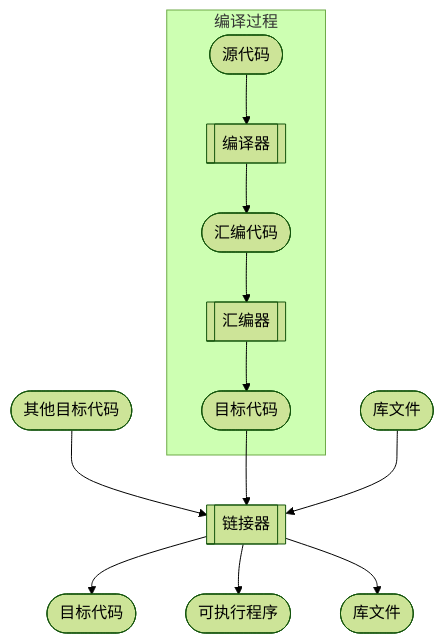
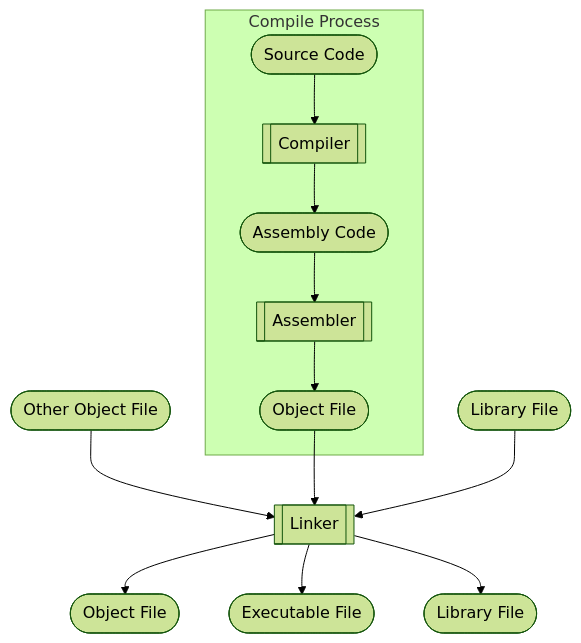
Before and after one commit to liuyehcf/BlogSource: the diagram in _posts/Cpp-Trivial.md, drawn with Mermaid (forest theme). The commit also changed other lines of this file and 4 other files, not shown here.

````diff
--- a/_posts/Cpp-Trivial.md
+++ b/_posts/Cpp-Trivial.md
@@ -16,29 +16,29 @@
 ```mermaid
 flowchart TD
-    other_target(["其他目标代码"])
-    linker[["链接器"]]
-    source(["源代码"])
-    compiler[["编译器"]]
-    assembly(["汇编代码"])
-    assembler[["汇编器"]]
-    target(["目标代码"])
-    lib(["库文件"])
-    result_target(["目标代码"])
-    exec(["可执行程序"])
-    result_lib(["库文件"])
+    other_target(["Other Object File"])
+    linker[["Linker"]]
+    source(["Source Code"])
+    compiler[["Compiler"]]
+    assembly(["Assembly Code"])
+    assembler[["Assembler"]]
+    target(["Object File"])
+    lib(["Library File"])
+    result_target(["Object File"])
+    exec(["Executable File"])
+    result_lib(["Library File"])
 
     other_target --> linker
 
-    subgraph 编译过程
+    subgraph Compile Process
         source --> compiler
         compiler --> assembly
         assembly --> assembler
         assembler --> target
         end
         target --> linker
         lib --> linker
 
     linker --> result_target
     linker --> exec
     linker --> result_lib
 ```
````
